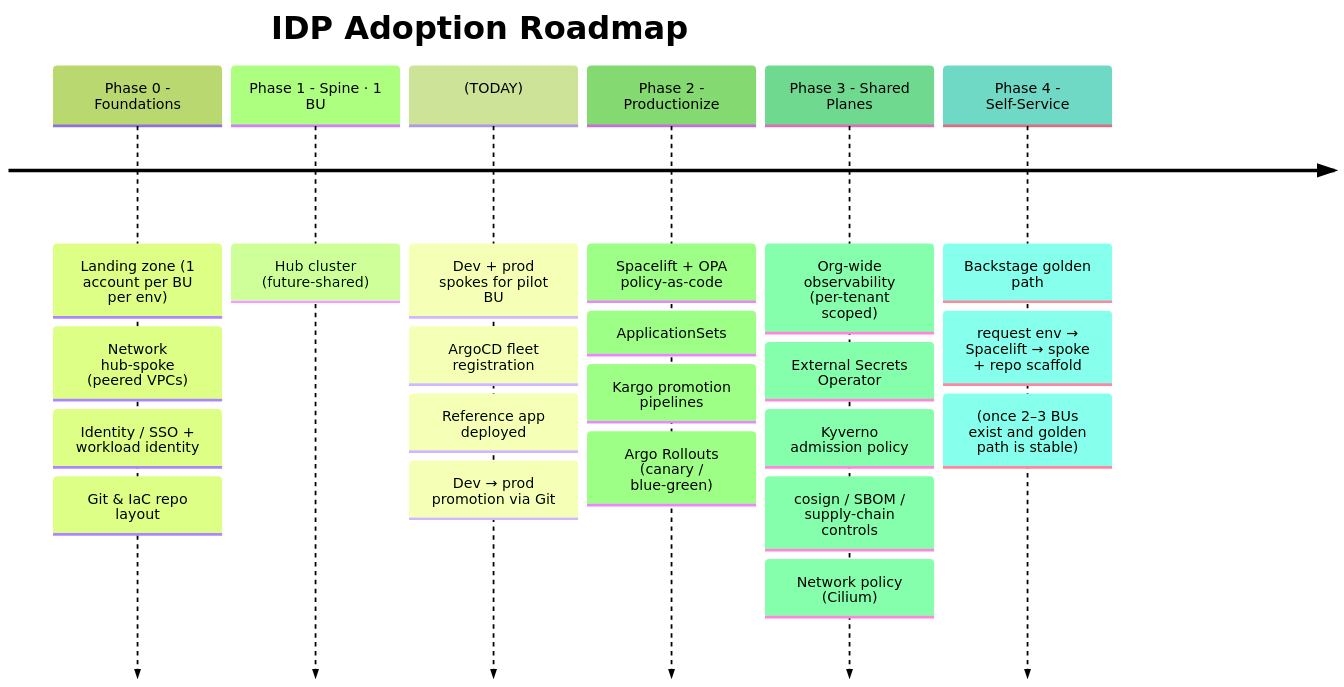
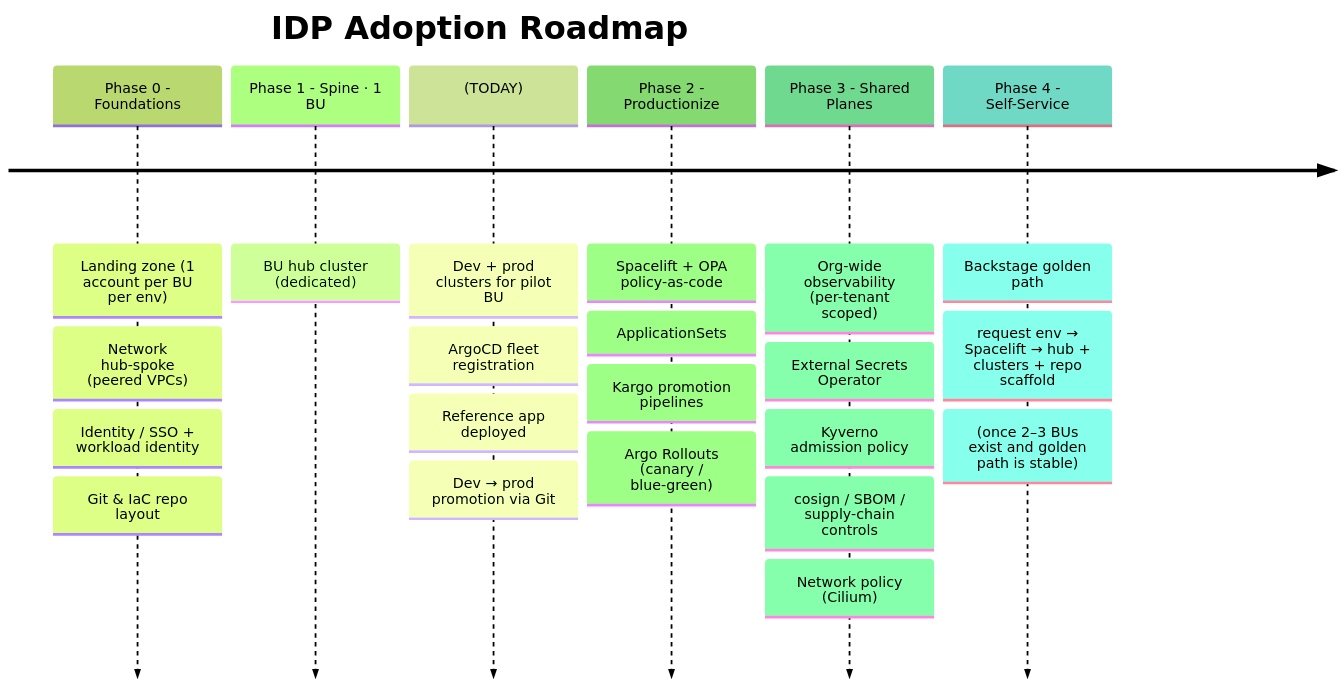
One commit to urukube/.github changed the fifth of 5 diagrams in .github/README.md. Above: the diagram before and after it, drawn with Mermaid (forest theme). The commit also changed other lines of this file, not shown here.

First line of the commit message:
docs(readme): remove remaining shared-hub references

````diff
--- a/.github/README.md
+++ b/.github/README.md
@@ -189,25 +189,25 @@
 ```mermaid
 timeline
     title IDP Adoption Roadmap
     Phase 0 - Foundations      : Landing zone (1 account per BU per env)
                                : Network hub-spoke (peered VPCs)
                                : Identity / SSO + workload identity
                                : Git & IaC repo layout
-    Phase 1 - Spine · 1 BU    : Hub cluster (future-shared)
-    (TODAY)                    : Dev + prod spokes for pilot BU
+    Phase 1 - Spine · 1 BU    : BU hub cluster (dedicated)
+    (TODAY)                    : Dev + prod clusters for pilot BU
                                : ArgoCD fleet registration
                                : Reference app deployed
                                : Dev → prod promotion via Git
     Phase 2 - Productionize    : Spacelift + OPA policy-as-code
                                : ApplicationSets
                                : Kargo promotion pipelines
                                : Argo Rollouts (canary / blue-green)
     Phase 3 - Shared Planes    : Org-wide observability (per-tenant scoped)
                                : External Secrets Operator
                                : Kyverno admission policy
                                : cosign / SBOM / supply-chain controls
                                : Network policy (Cilium)
     Phase 4 - Self-Service     : Backstage golden path
-                               : request env → Spacelift → spoke + repo scaffold
+                               : request env → Spacelift → hub + clusters + repo scaffold
                                : (once 2–3 BUs exist and golden path is stable)
 ```
````
